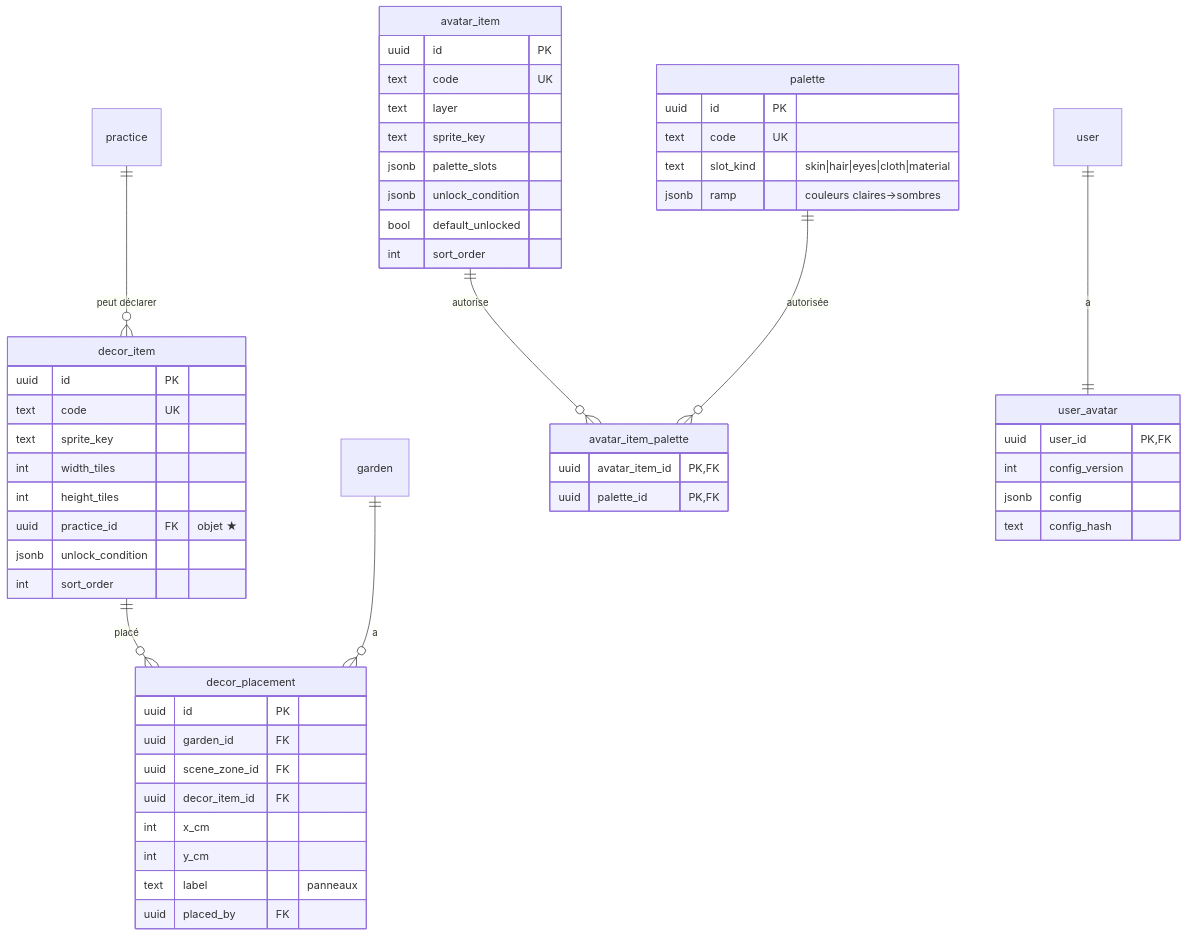
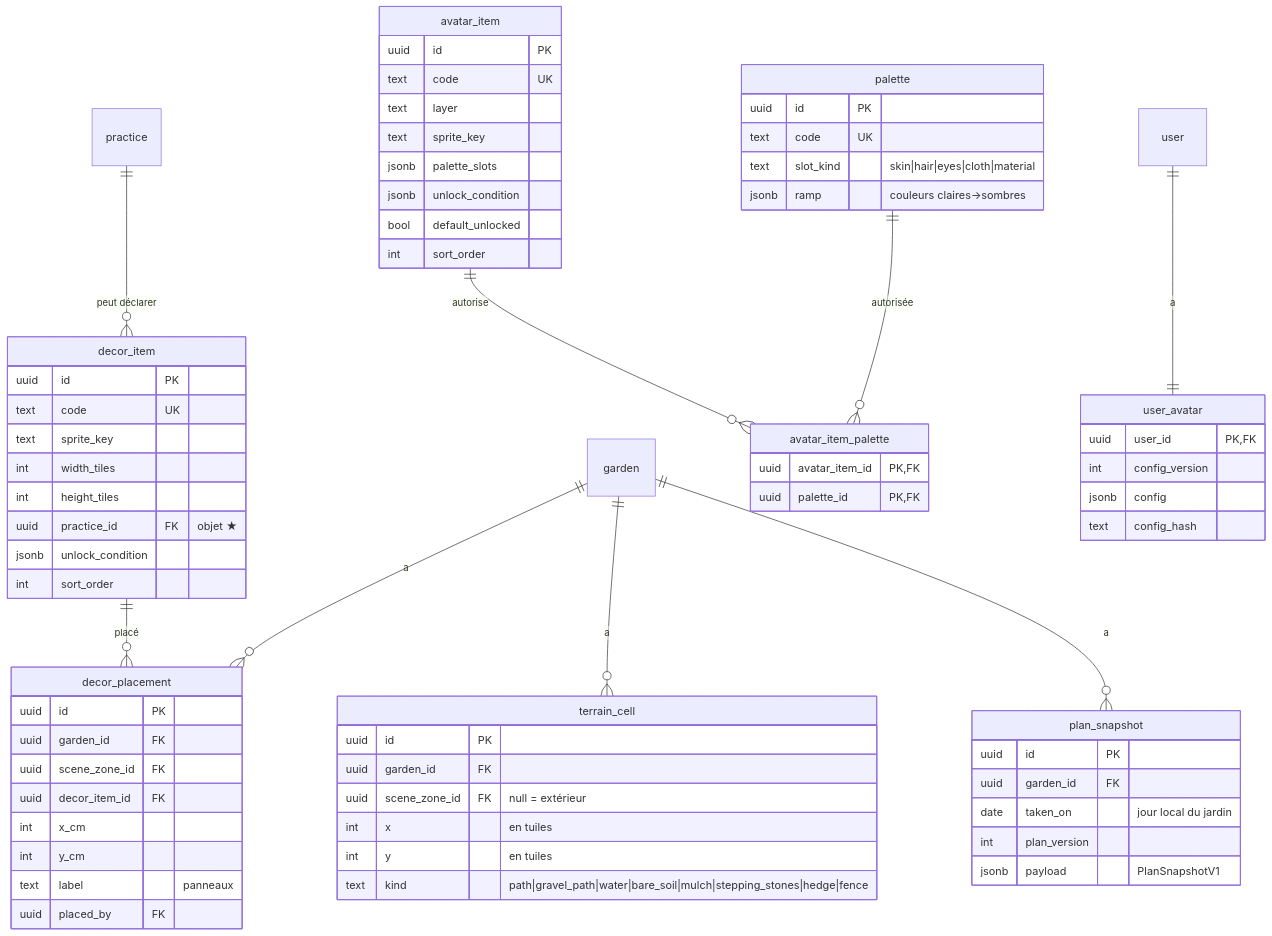
The sixth of 6 diagrams in SPEC.md (pedro88/GreenUu), drawn with Mermaid before and after one commit. The commit also changed other lines of this file and 2 other files, not shown here.

First line of the commit message:
docs(lot-9): jardin vivant, critères PNT, VOC, TER, TLP-01 et LIV au §12.10

````diff
--- a/SPEC.md
+++ b/SPEC.md
@@ -989,56 +989,73 @@
 ```mermaid
 erDiagram
   decor_item ||--o{ decor_placement : "placé"
   garden ||--o{ decor_placement : "a"
   practice ||--o{ decor_item : "peut déclarer"
   avatar_item ||--o{ avatar_item_palette : "autorise"
   palette ||--o{ avatar_item_palette : "autorisée"
   user ||--|| user_avatar : "a"
+  garden ||--o{ terrain_cell : "a"
+  garden ||--o{ plan_snapshot : "a"
 
+  terrain_cell {
+    uuid id PK
+    uuid garden_id FK
+    uuid scene_zone_id FK "null = extérieur"
+    int x "en tuiles"
+    int y "en tuiles"
+    text kind "path|gravel_path|water|bare_soil|mulch|stepping_stones|hedge|fence"
+  }
+  plan_snapshot {
+    uuid id PK
+    uuid garden_id FK
+    date taken_on "jour local du jardin"
+    int plan_version
+    jsonb payload "PlanSnapshotV1"
+  }
   decor_item {
     uuid id PK
     text code UK
     text sprite_key
     int width_tiles
     int height_tiles
     uuid practice_id FK "objet ★"
     jsonb unlock_condition
     int sort_order
   }
   decor_placement {
     uuid id PK
     uuid garden_id FK
     uuid scene_zone_id FK
     uuid decor_item_id FK
     int x_cm
     int y_cm
     text label "panneaux"
     uuid placed_by FK
   }
   avatar_item {
     uuid id PK
     text code UK
     text layer
     text sprite_key
     jsonb palette_slots
     jsonb unlock_condition
     bool default_unlocked
     int sort_order
   }
   palette {
     uuid id PK
     text code UK
     text slot_kind "skin|hair|eyes|cloth|material"
     jsonb ramp "couleurs claires→sombres"
   }
   avatar_item_palette {
     uuid avatar_item_id PK,FK
     uuid palette_id PK,FK
   }
   user_avatar {
     uuid user_id PK,FK
     int config_version
     jsonb config
     text config_hash
   }
 ```
````
